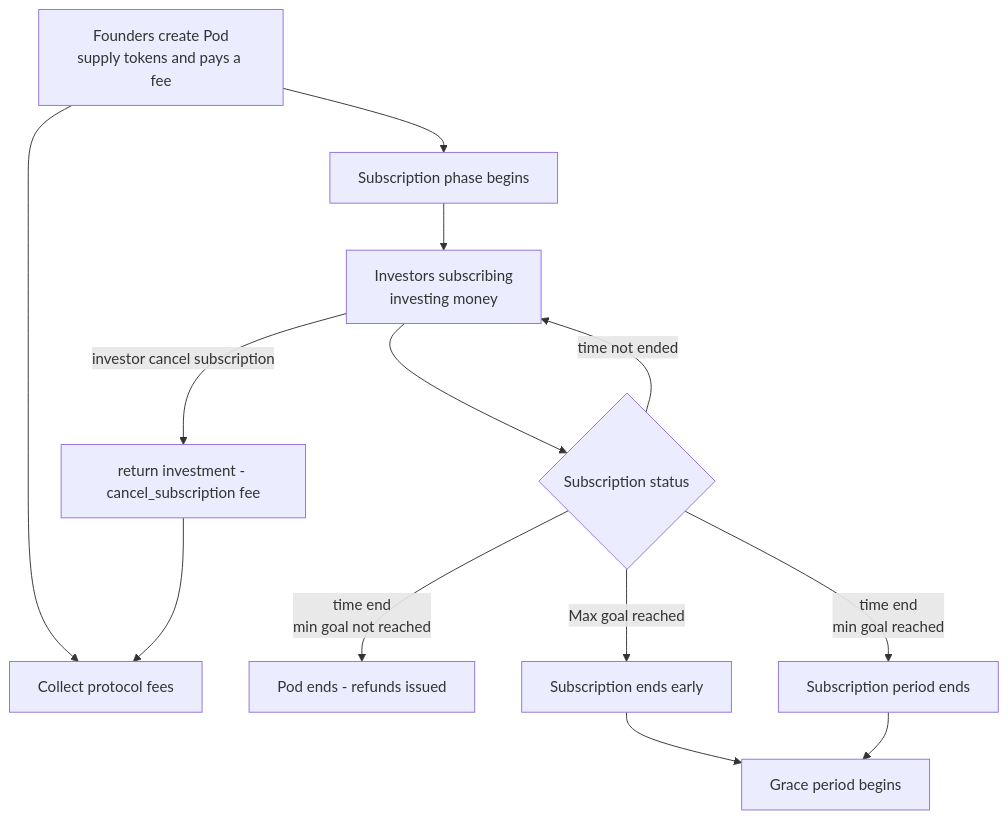
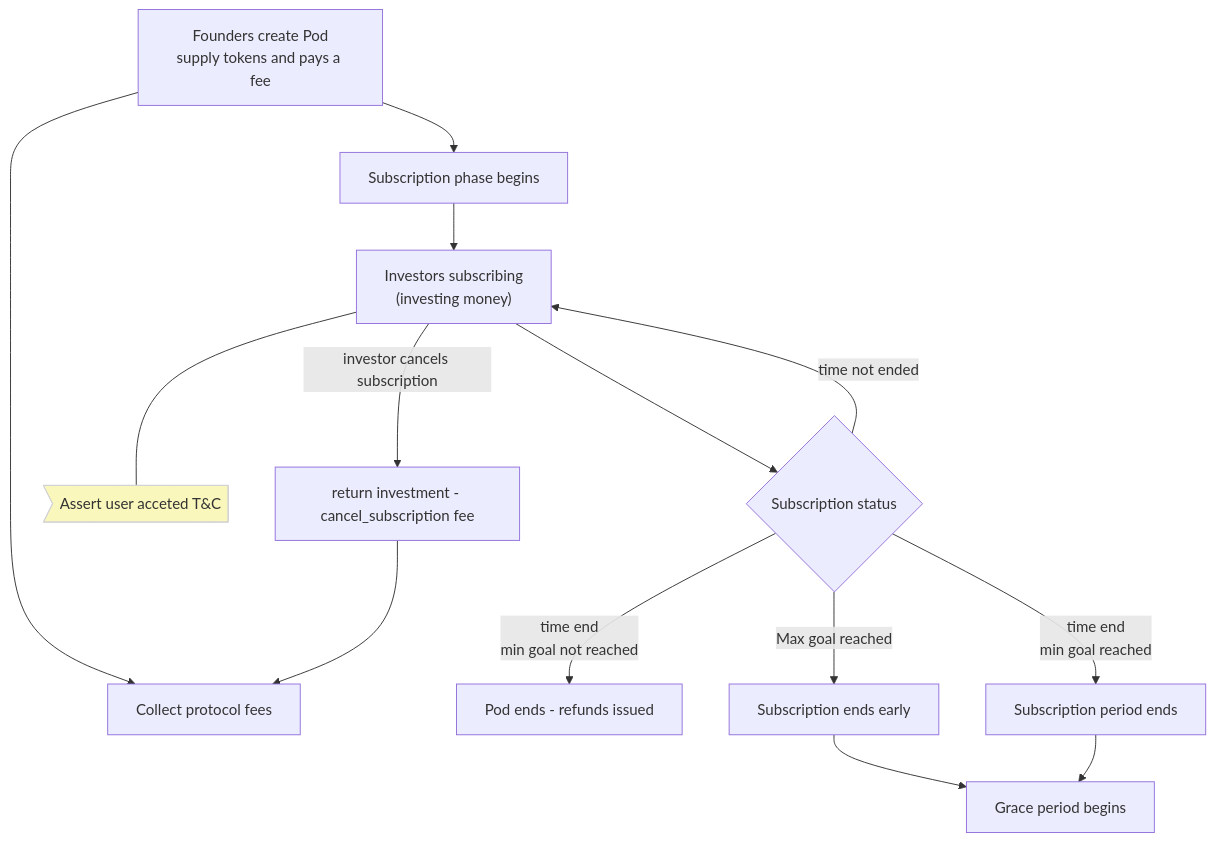
Before and after one commit to gonative-cc/credible: the second of 4 diagrams in README.md, drawn with Mermaid. The commit also changed other lines of this file and 1 other file, not shown here.

````diff
--- a/README.md
+++ b/README.md
@@ -104,15 +105,18 @@
 ```mermaid
 graph TD
+     classDef sticky fill:#f9f7bb,stroke:#d4d4d4,stroke-width:1px;
      A[Founders create Pod<br>supply tokens and pays a fee] --> C[Subscription phase begins]
      A --> B[Collect protocol fees]
-     C --> D1[Investors subscribing<br>investing money]
+     C --> D1["Investors subscribing<br>(investing money)"]
      D1 --> D2{Subscription status}
+     D1 --- DN>Assert user acceted T&C]
+     class DN sticky
      D2 -->|time end<br>min goal not reached| E[Pod ends - refunds issued]
      D2 -->|Max goal reached| H1[Subscription ends early]
      D2 -->|time end<br>min goal reached| H2[Subscription period ends]
      D2 -->|time not ended| D1
-     D1 --> |investor cancel subscription| F[return investment - cancel_subscription fee]
+     D1 --> |investor cancels subscription| F[return investment - cancel_subscription fee]
      F --> B
      H1 --> J[Grace period begins]
      H2 --> J
 ```
````
